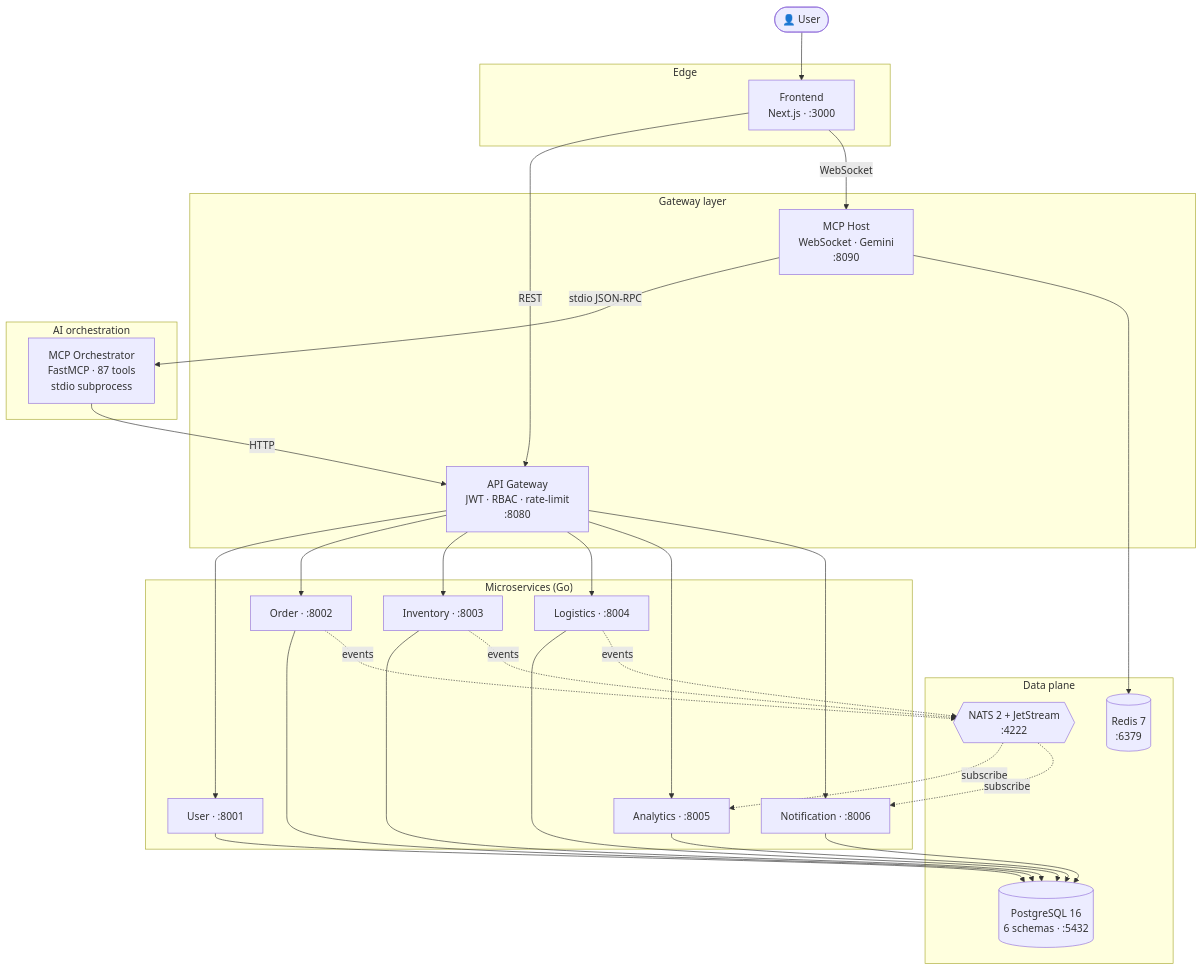
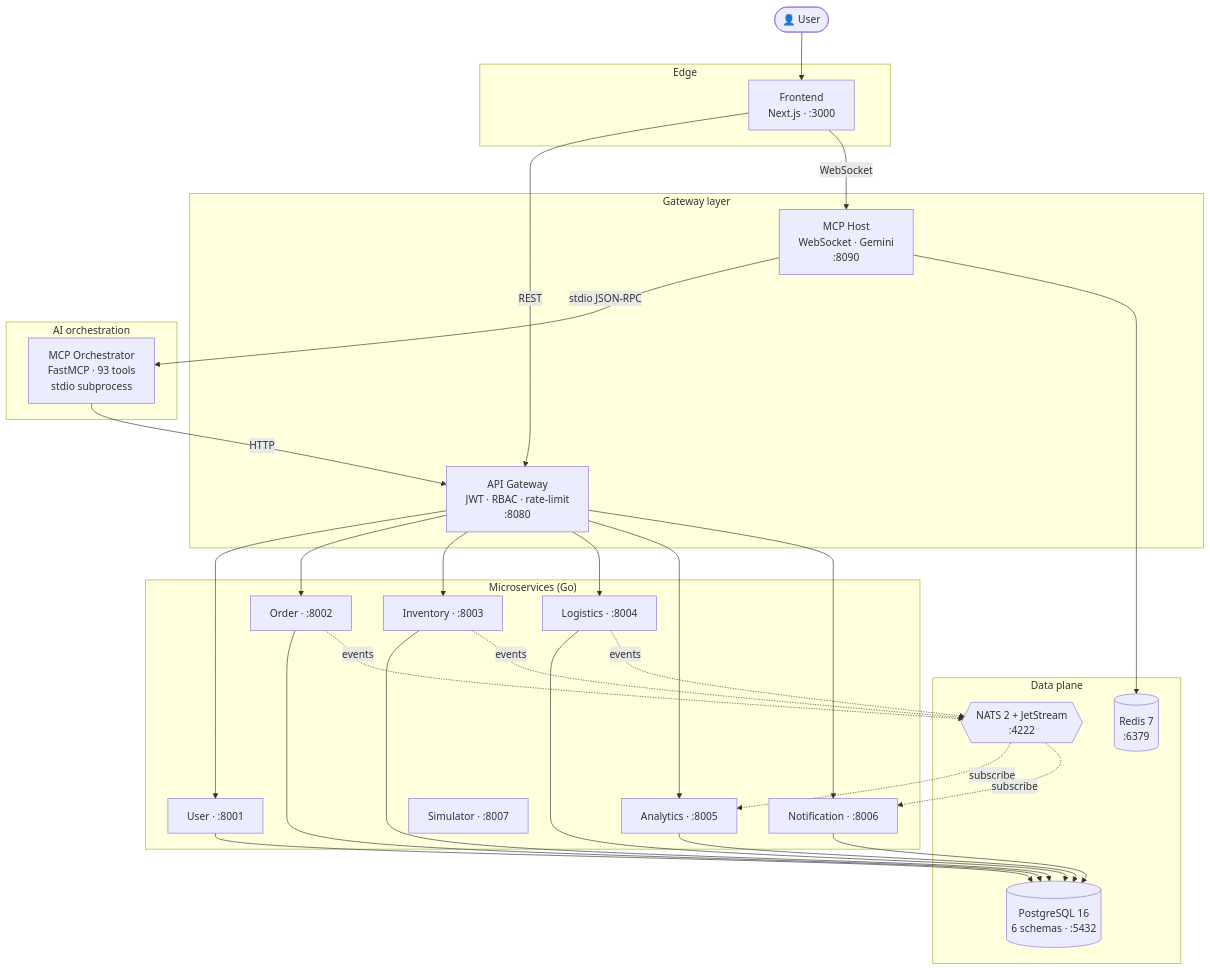
Before and after one commit to mykhailo-boiko/Diploma-Project: the first of 2 diagrams in README.md, drawn with Mermaid. The commit also changed other lines of this file and 8 other files, not shown here.

Commit message:
docs, README: sync tool counts (87->93), add error-codes/observability/typed-tools/integration-tests guides, simulator+realtime endpoints in api-reference

````diff
--- a/README.md
+++ b/README.md
@@ -17,60 +18,61 @@
 ```mermaid
 flowchart TB
     User([👤 User])
 
     subgraph edge["Edge"]
         Frontend["Frontend<br/>Next.js · :3000"]
     end
 
     subgraph gateway["Gateway layer"]
         APIGW["API Gateway<br/>JWT · RBAC · rate-limit<br/>:8080"]
         MCPHost["MCP Host<br/>WebSocket · Gemini<br/>:8090"]
     end
 
     subgraph ai["AI orchestration"]
-        MCPOrch["MCP Orchestrator<br/>FastMCP · 87 tools<br/>stdio subprocess"]
+        MCPOrch["MCP Orchestrator<br/>FastMCP · 93 tools<br/>stdio subprocess"]
     end
 
     subgraph svc["Microservices (Go)"]
         US["User · :8001"]
         OS["Order · :8002"]
         IS["Inventory · :8003"]
         LS["Logistics · :8004"]
         AS["Analytics · :8005"]
         NS["Notification · :8006"]
+        SIM["Simulator · :8007"]
     end
 
     subgraph data["Data plane"]
         PG[("PostgreSQL 16<br/>6 schemas · :5432")]
         NATS{{"NATS 2 + JetStream<br/>:4222"}}
         Redis[("Redis 7<br/>:6379")]
     end
 
     User --> Frontend
     Frontend -- REST --> APIGW
     Frontend -- WebSocket --> MCPHost
     MCPHost -- stdio JSON-RPC --> MCPOrch
     MCPOrch -- HTTP --> APIGW
 
     APIGW --> US
     APIGW --> OS
     APIGW --> IS
     APIGW --> LS
     APIGW --> AS
     APIGW --> NS
 
     US --> PG
     OS --> PG
     IS --> PG
     LS --> PG
     AS --> PG
     NS --> PG
 
     OS -. events .-> NATS
     IS -. events .-> NATS
     LS -. events .-> NATS
     NATS -. subscribe .-> AS
     NATS -. subscribe .-> NS
 
     MCPHost --> Redis
 ```
````
